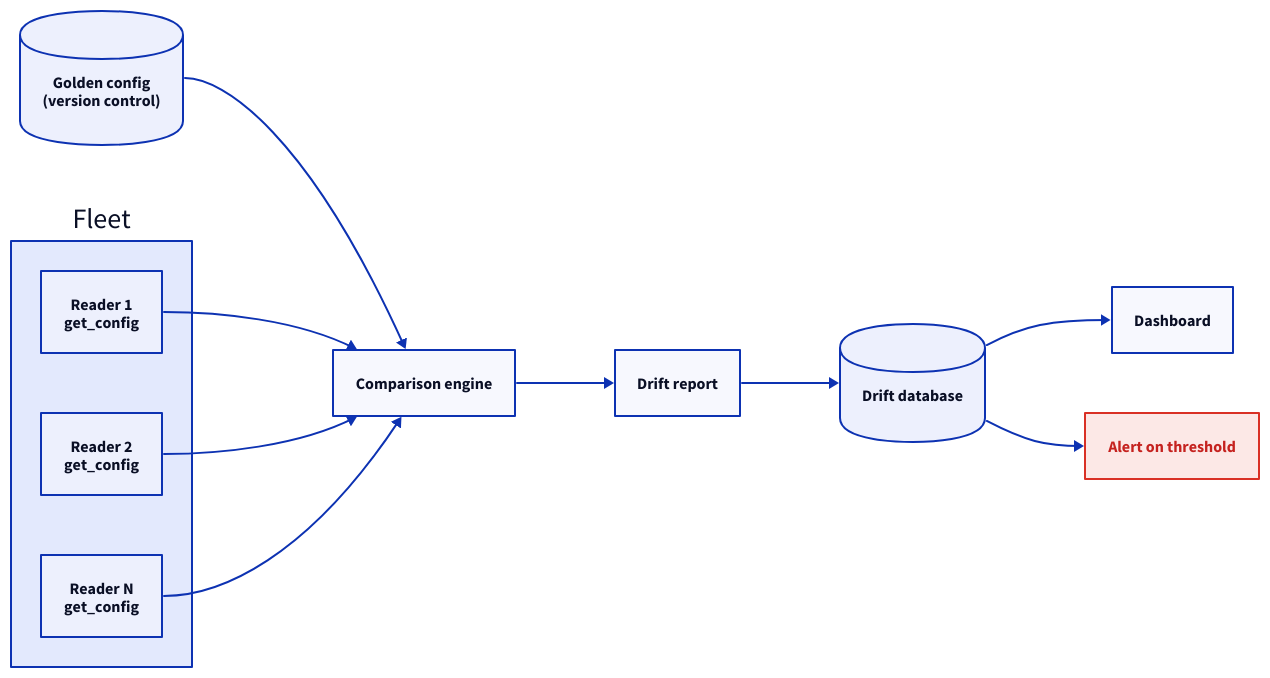
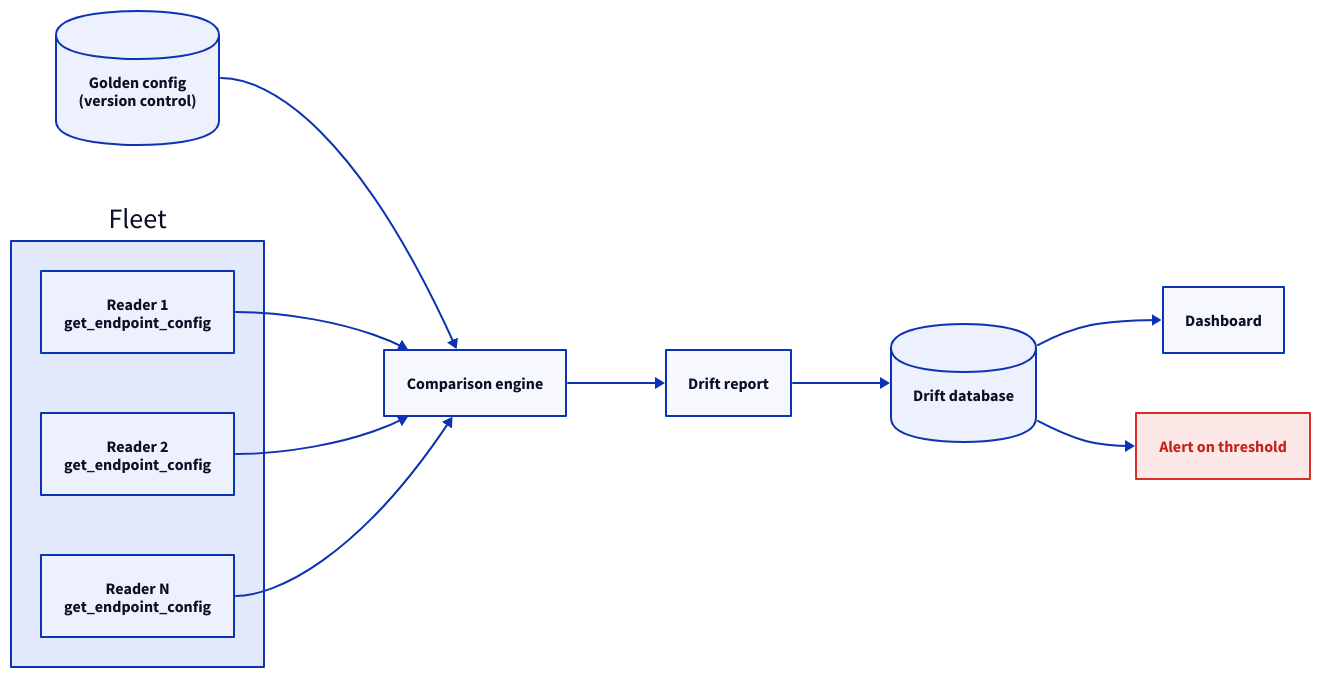
Before and after one commit to admiral-ai/zebra-handheld-rfid-iotc: the diagram in docs/fleet/management/drift.md, drawn with D2. The commit also changed other lines of this file and 72 other files, not shown here.

````diff
--- a/docs/fleet/management/drift.md
+++ b/docs/fleet/management/drift.md
@@ -57,26 +56,26 @@
 ```d2
 classes: {
   bad: { style: { fill: "#fce8e6"; stroke: "#d93025"; font-color: "#c5221f" } }
 }
 direction: right
 GC: "Golden config\n(version control)" { shape: cylinder }
 CMP: Comparison engine
 fleet: Fleet {
-  R1: "Reader 1\nget_config"
-  R2: "Reader 2\nget_config"
-  Rn: "Reader N\nget_config"
+  R1: "Reader 1\nget_endpoint_config"
+  R2: "Reader 2\nget_endpoint_config"
+  Rn: "Reader N\nget_endpoint_config"
 }
 DR: Drift report
 DB: Drift database { shape: cylinder }
 DASH: Dashboard
 ALT: Alert on threshold { class: bad }
 GC -> CMP
 fleet.R1 -> CMP
 fleet.R2 -> CMP
 fleet.Rn -> CMP
 CMP -> DR
 DR -> DB
 DB -> DASH
 DB -> ALT
 
 ```
````
